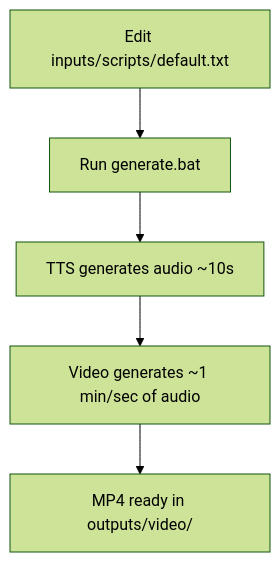
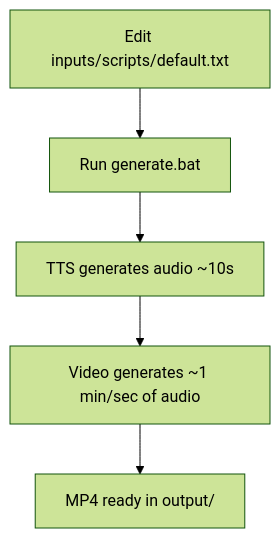
One commit to garystorey/zimbra changed the third of 3 diagrams in docs/prd.md. Above: the diagram before and after it, drawn with Mermaid (forest theme). The commit also changed other lines of this file and 15 other files, not shown here.

````diff
--- a/docs/prd.md
+++ b/docs/prd.md
@@ -167,7 +168,7 @@
 ```mermaid
 flowchart TD
     A[Edit inputs/scripts/default.txt] --> B[Run generate.bat]
     B --> C[TTS generates audio ~10s]
     C --> D[Video generates ~1 min/sec of audio]
-    D --> E[MP4 ready in outputs/video/]
+    D --> E[MP4 ready in output/]
 ```
````
